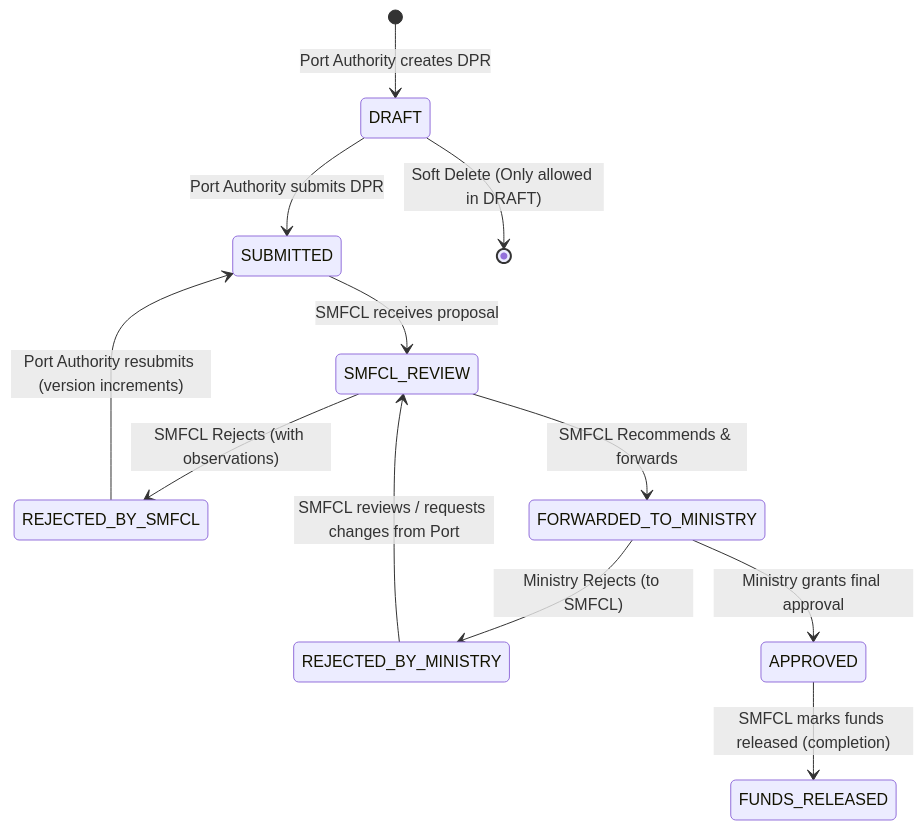
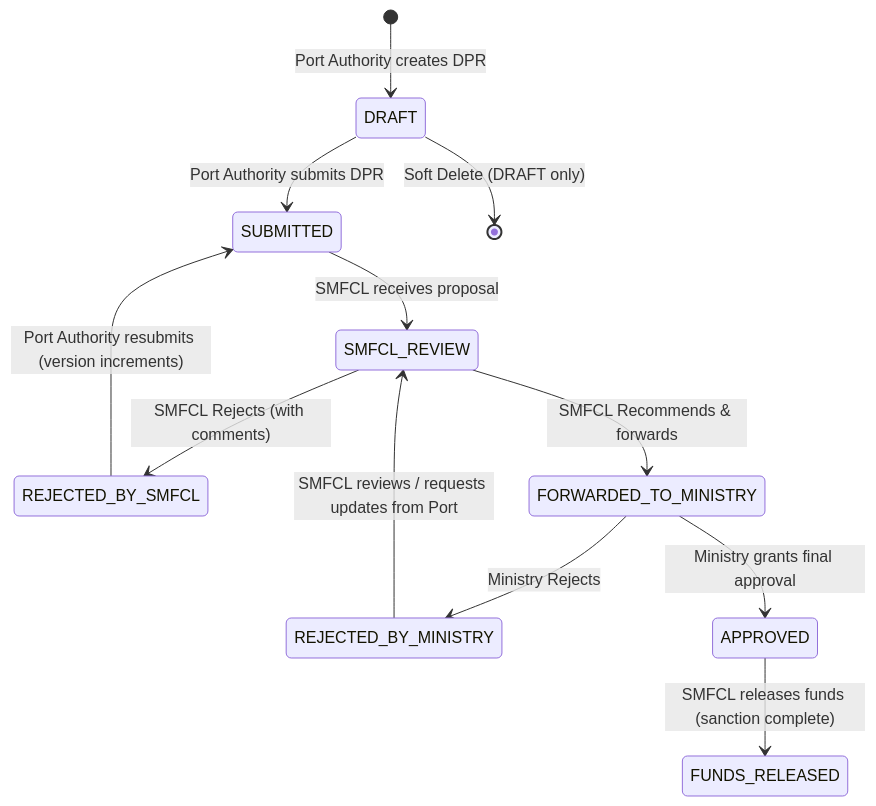
Before and after one commit to chavaliadi/sm: the first of 2 diagrams in README.md, drawn with Mermaid. The commit also changed other lines of this file and 1 other file, not shown here.

Commit message:
fix readme: real demo accounts, unhardcode RBAC counts, fix mermaid fence, align tender diagram

````diff
--- a/README.md
+++ b/README.md
@@ -28,20 +26,20 @@
 ```mermaid
 stateDiagram-v2
     [*] --> DRAFT : Port Authority creates DPR
     DRAFT --> SUBMITTED : Port Authority submits DPR
-    DRAFT --> [*] : Soft Delete (Only allowed in DRAFT)
+    DRAFT --> [*] : Soft Delete (DRAFT only)
 
     SUBMITTED --> SMFCL_REVIEW : SMFCL receives proposal
 
-    SMFCL_REVIEW --> REJECTED_BY_SMFCL : SMFCL Rejects (with observations)
+    SMFCL_REVIEW --> REJECTED_BY_SMFCL : SMFCL Rejects (with comments)
     REJECTED_BY_SMFCL --> SUBMITTED : Port Authority resubmits (version increments)
 
     SMFCL_REVIEW --> FORWARDED_TO_MINISTRY : SMFCL Recommends & forwards
 
-    FORWARDED_TO_MINISTRY --> REJECTED_BY_MINISTRY : Ministry Rejects (to SMFCL)
-    REJECTED_BY_MINISTRY --> SMFCL_REVIEW : SMFCL reviews / requests changes from Port
+    FORWARDED_TO_MINISTRY --> REJECTED_BY_MINISTRY : Ministry Rejects
+    REJECTED_BY_MINISTRY --> SMFCL_REVIEW : SMFCL reviews / requests updates from Port
 
     FORWARDED_TO_MINISTRY --> APPROVED : Ministry grants final approval
 
-    APPROVED --> FUNDS_RELEASED : SMFCL marks funds released (completion)
+    APPROVED --> FUNDS_RELEASED : SMFCL releases funds (sanction complete)
 ```
````
